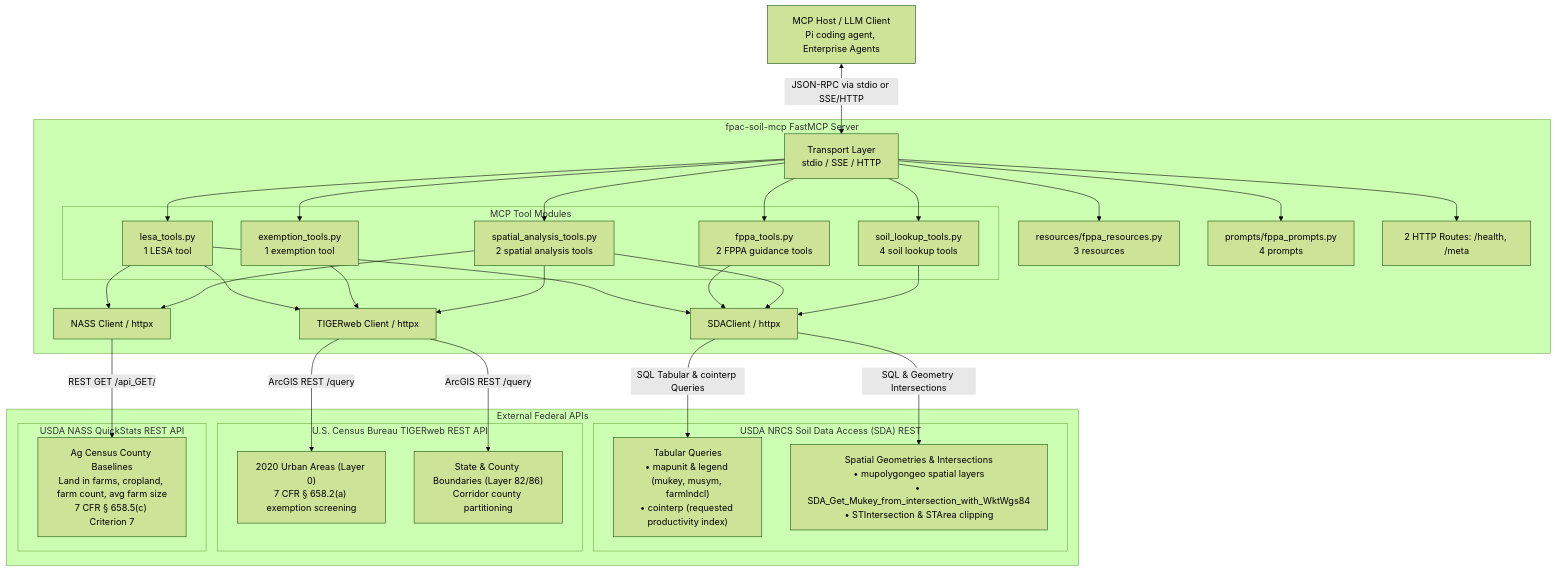
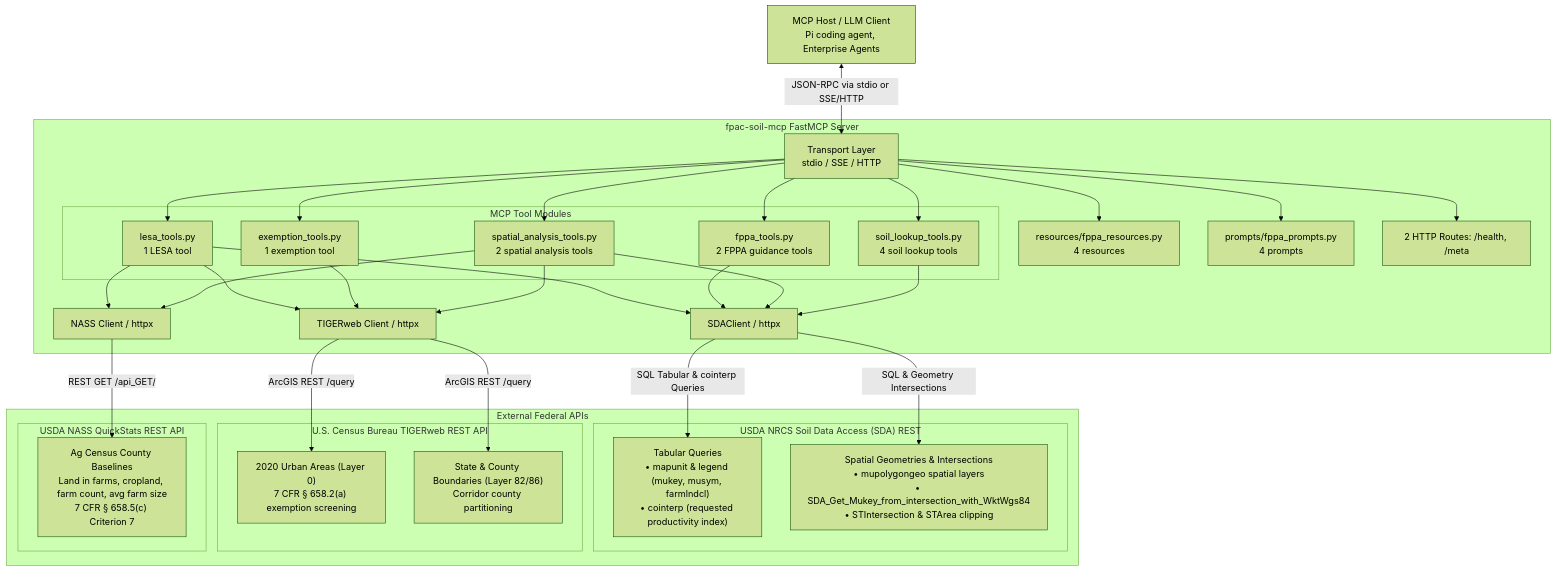
One commit to AndrewBrown-USDA/fpac-soil-mcp changed the diagram in README.md. Above: the diagram before and after it, drawn with Mermaid (forest theme). The commit also changed other lines of this file, not shown here.

````diff
--- a/README.md
+++ b/README.md
@@ -48,59 +48,59 @@
 ```mermaid
 flowchart TD
     Client["MCP Host / LLM Client\nPi coding agent, Enterprise Agents"]
     
     subgraph FastMCP_Server ["fpac-soil-mcp FastMCP Server"]
         Router["Transport Layer\nstdio / SSE / HTTP"]
         subgraph ToolModules ["MCP Tool Modules"]
             SoilTools["soil_lookup_tools.py\n4 soil lookup tools"]
             SpatialTools["spatial_analysis_tools.py\n2 spatial analysis tools"]
             FppaTools["fppa_tools.py\n2 FPPA guidance tools"]
             ExemptionTools["exemption_tools.py\n1 exemption tool"]
             LesaTools["lesa_tools.py\n1 LESA tool"]
         end
-        Resources["resources/fppa_resources.py\n3 resources"]
+        Resources["resources/fppa_resources.py\n4 resources"]
         Prompts["prompts/fppa_prompts.py\n4 prompts"]
         Routes["2 HTTP Routes: /health, /meta"]
         ClientModule["SDAClient / httpx"]
         TIGERClient["TIGERweb Client / httpx"]
         NASSClient["NASS Client / httpx"]
     end
 
     subgraph External_APIs ["External Federal APIs"]
         subgraph SDA ["USDA NRCS Soil Data Access (SDA) REST"]
             SDATabular["Tabular Queries\n• mapunit & legend (mukey, musym, farmlndcl)\n• cointerp (requested productivity index)"]
             SDASpatial["Spatial Geometries & Intersections\n• mupolygongeo spatial layers\n• SDA_Get_Mukey_from_intersection_with_WktWgs84\n• STIntersection & STArea clipping"]
         end
         subgraph TIGERweb ["U.S. Census Bureau TIGERweb REST API"]
             TIGERUrban["2020 Urban Areas (Layer 0)\n7 CFR § 658.2(a) exemption screening"]
             TIGERCounty["State & County Boundaries (Layer 82/86)\nCorridor county partitioning"]
         end
         subgraph NASS ["USDA NASS QuickStats REST API"]
             NASSStats["Ag Census County Baselines\nLand in farms, cropland, farm count, avg farm size\n7 CFR § 658.5(c) Criterion 7"]
         end
     end
 
     Client <-->|JSON-RPC via stdio or SSE/HTTP| Router
     Router --> SoilTools
     Router --> SpatialTools
     Router --> FppaTools
     Router --> ExemptionTools
     Router --> LesaTools
     Router --> Resources
     Router --> Prompts
     Router --> Routes
     SoilTools --> ClientModule
     SpatialTools --> ClientModule
     SpatialTools --> TIGERClient
     SpatialTools --> NASSClient
     FppaTools --> ClientModule
     ExemptionTools --> TIGERClient
     LesaTools --> ClientModule
     LesaTools --> TIGERClient
     LesaTools --> NASSClient
     ClientModule -->|SQL & Geometry Intersections| SDASpatial
     ClientModule -->|SQL Tabular & cointerp Queries| SDATabular
     TIGERClient -->|ArcGIS REST /query| TIGERUrban
     TIGERClient -->|ArcGIS REST /query| TIGERCounty
     NASSClient -->|REST GET /api_GET/| NASSStats
 ```
````
